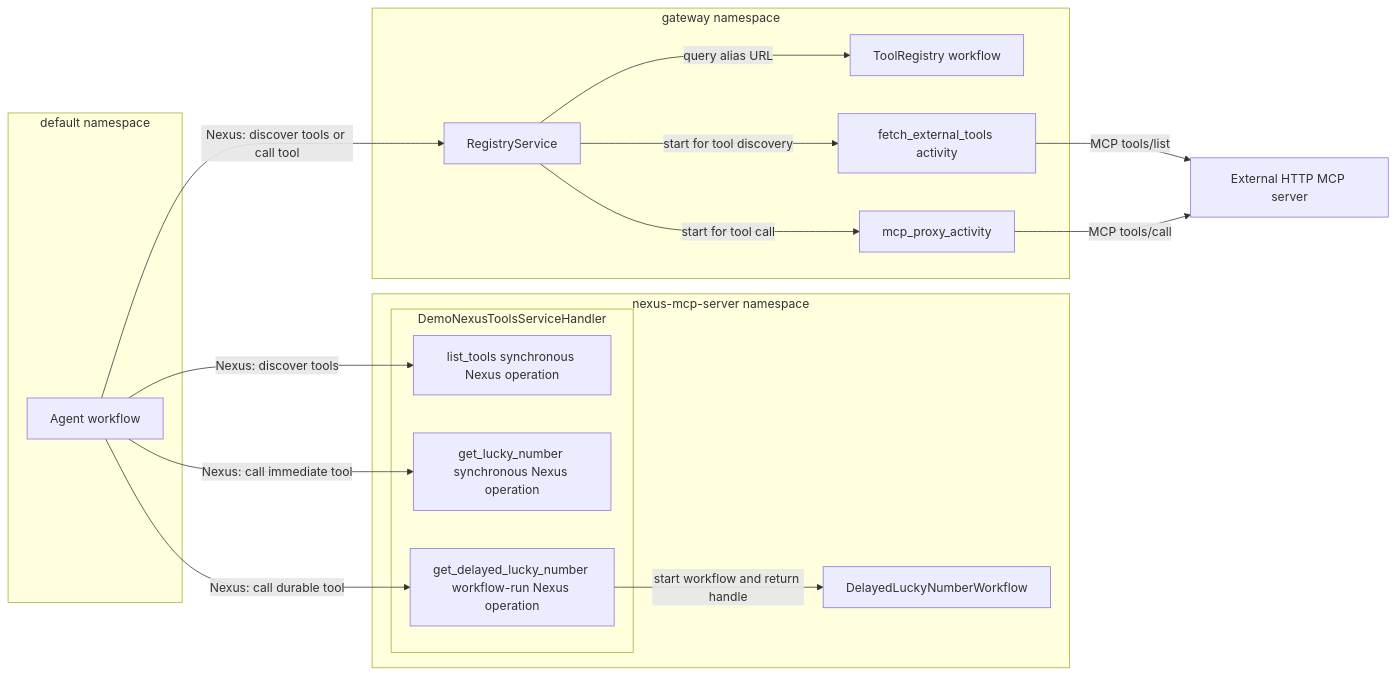
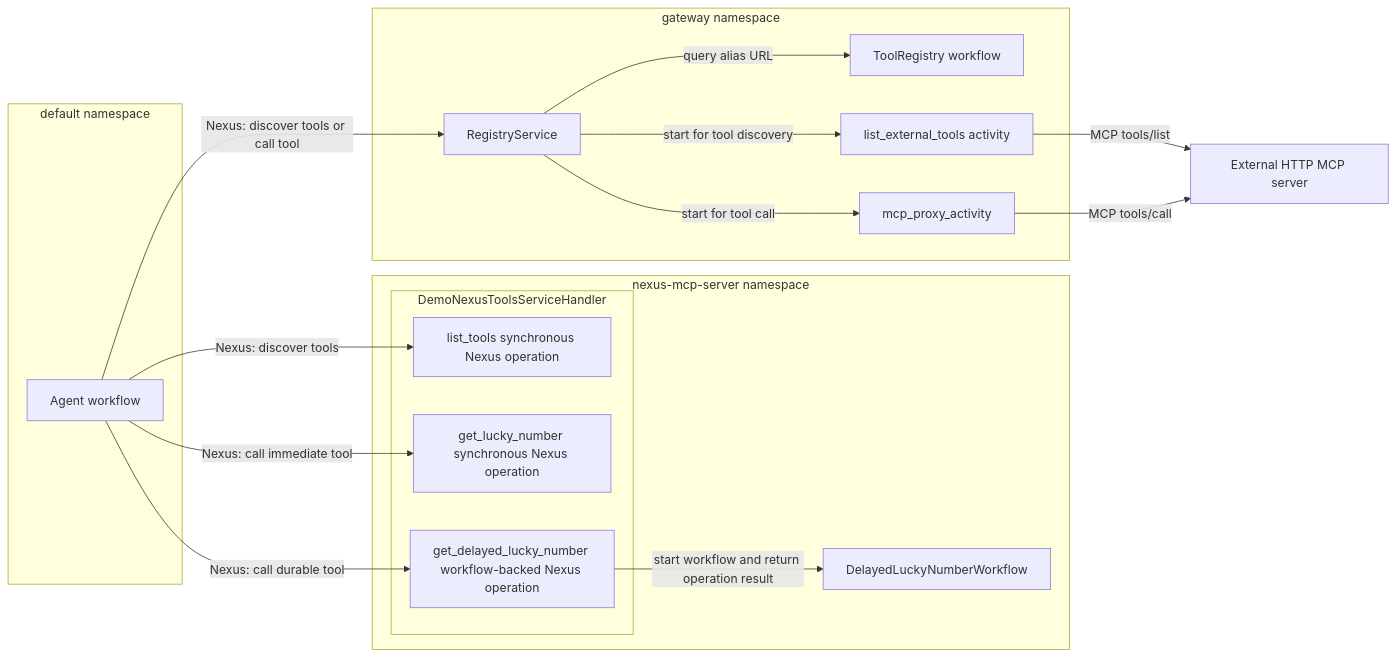
The diagram in examples/nexus_hello/README.md (temporal-community/temporal-agent-harness), drawn with Mermaid before and after one commit. The commit also changed other lines of this file and 16 other files, not shown here.

````diff
--- a/examples/nexus_hello/README.md
+++ b/examples/nexus_hello/README.md
@@ -39,36 +39,36 @@
 ```mermaid
 flowchart LR
     subgraph default_ns[default namespace]
         agent[Agent workflow]
     end
 
     subgraph native_ns[nexus-mcp-server namespace]
         subgraph native_service[DemoNexusToolsServiceHandler]
             manifest[list_tools synchronous Nexus operation]
             lucky[get_lucky_number synchronous Nexus operation]
-            delayed_op[get_delayed_lucky_number workflow-run Nexus operation]
+            delayed_op[get_delayed_lucky_number workflow-backed Nexus operation]
         end
         delayed_workflow[DelayedLuckyNumberWorkflow]
     end
 
     subgraph gateway_ns[gateway namespace]
         gateway[RegistryService]
         registry[ToolRegistry workflow]
-        fetch[fetch_external_tools activity]
+        fetch[list_external_tools activity]
         proxy[mcp_proxy_activity]
     end
 
     external[External HTTP MCP server]
 
     agent -->|Nexus: discover tools| manifest
     agent -->|Nexus: call immediate tool| lucky
     agent -->|Nexus: call durable tool| delayed_op
-    delayed_op -->|start workflow and return handle| delayed_workflow
+    delayed_op -->|start workflow and return operation result| delayed_workflow
 
     agent -->|Nexus: discover tools or call tool| gateway
     gateway -->|query alias URL| registry
     gateway -->|start for tool discovery| fetch
     gateway -->|start for tool call| proxy
     fetch -->|MCP tools/list| external
     proxy -->|MCP tools/call| external
 ```
````
